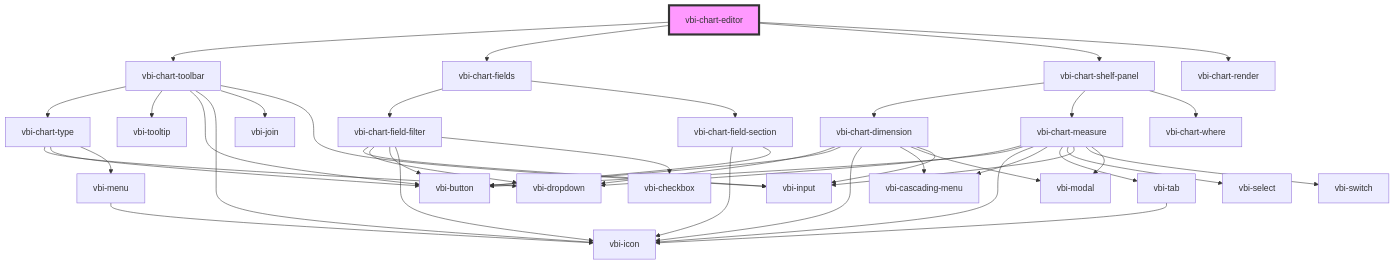
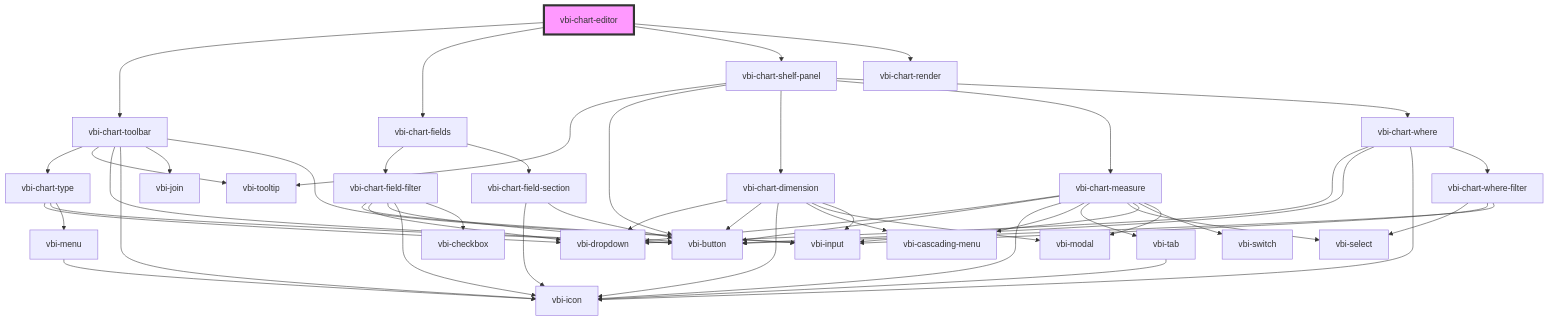
The diagram in packages/vbi-component/src/components/chart/vbi-chart-editor/readme.md (Ditto190/VBI-modme), drawn with Mermaid before and after one commit. The commit also changed 21 other files, not shown here.

Commit message:
refactor(vbi-component): move filter root operator logic to shelf panel

````diff
--- a/packages/vbi-component/src/components/chart/vbi-chart-editor/readme.md
+++ b/packages/vbi-component/src/components/chart/vbi-chart-editor/readme.md
@@ -18,46 +18,55 @@
 ```mermaid
 graph TD;
   vbi-chart-editor --> vbi-chart-toolbar
   vbi-chart-editor --> vbi-chart-fields
   vbi-chart-editor --> vbi-chart-shelf-panel
   vbi-chart-editor --> vbi-chart-render
   vbi-chart-toolbar --> vbi-chart-type
   vbi-chart-toolbar --> vbi-tooltip
   vbi-chart-toolbar --> vbi-button
   vbi-chart-toolbar --> vbi-icon
   vbi-chart-toolbar --> vbi-join
   vbi-chart-toolbar --> vbi-input
   vbi-chart-type --> vbi-dropdown
   vbi-chart-type --> vbi-button
   vbi-chart-type --> vbi-menu
   vbi-menu --> vbi-icon
   vbi-chart-fields --> vbi-chart-field-filter
   vbi-chart-fields --> vbi-chart-field-section
   vbi-chart-field-filter --> vbi-input
   vbi-chart-field-filter --> vbi-dropdown
   vbi-chart-field-filter --> vbi-button
   vbi-chart-field-filter --> vbi-icon
   vbi-chart-field-filter --> vbi-checkbox
   vbi-chart-field-section --> vbi-icon
   vbi-chart-field-section --> vbi-button
+  vbi-chart-shelf-panel --> vbi-tooltip
+  vbi-chart-shelf-panel --> vbi-button
   vbi-chart-shelf-panel --> vbi-chart-dimension
   vbi-chart-shelf-panel --> vbi-chart-measure
   vbi-chart-shelf-panel --> vbi-chart-where
   vbi-chart-dimension --> vbi-dropdown
   vbi-chart-dimension --> vbi-button
   vbi-chart-dimension --> vbi-icon
   vbi-chart-dimension --> vbi-cascading-menu
   vbi-chart-dimension --> vbi-modal
   vbi-chart-dimension --> vbi-input
   vbi-chart-measure --> vbi-dropdown
   vbi-chart-measure --> vbi-button
   vbi-chart-measure --> vbi-icon
   vbi-chart-measure --> vbi-cascading-menu
   vbi-chart-measure --> vbi-tab
   vbi-chart-measure --> vbi-select
   vbi-chart-measure --> vbi-input
   vbi-chart-measure --> vbi-switch
   vbi-chart-measure --> vbi-modal
   vbi-tab --> vbi-icon
+  vbi-chart-where --> vbi-dropdown
+  vbi-chart-where --> vbi-button
+  vbi-chart-where --> vbi-icon
+  vbi-chart-where --> vbi-chart-where-filter
+  vbi-chart-where-filter --> vbi-select
+  vbi-chart-where-filter --> vbi-input
+  vbi-chart-where-filter --> vbi-button
   style vbi-chart-editor fill:#f9f,stroke:#333,stroke-width:4px
 ```
````
